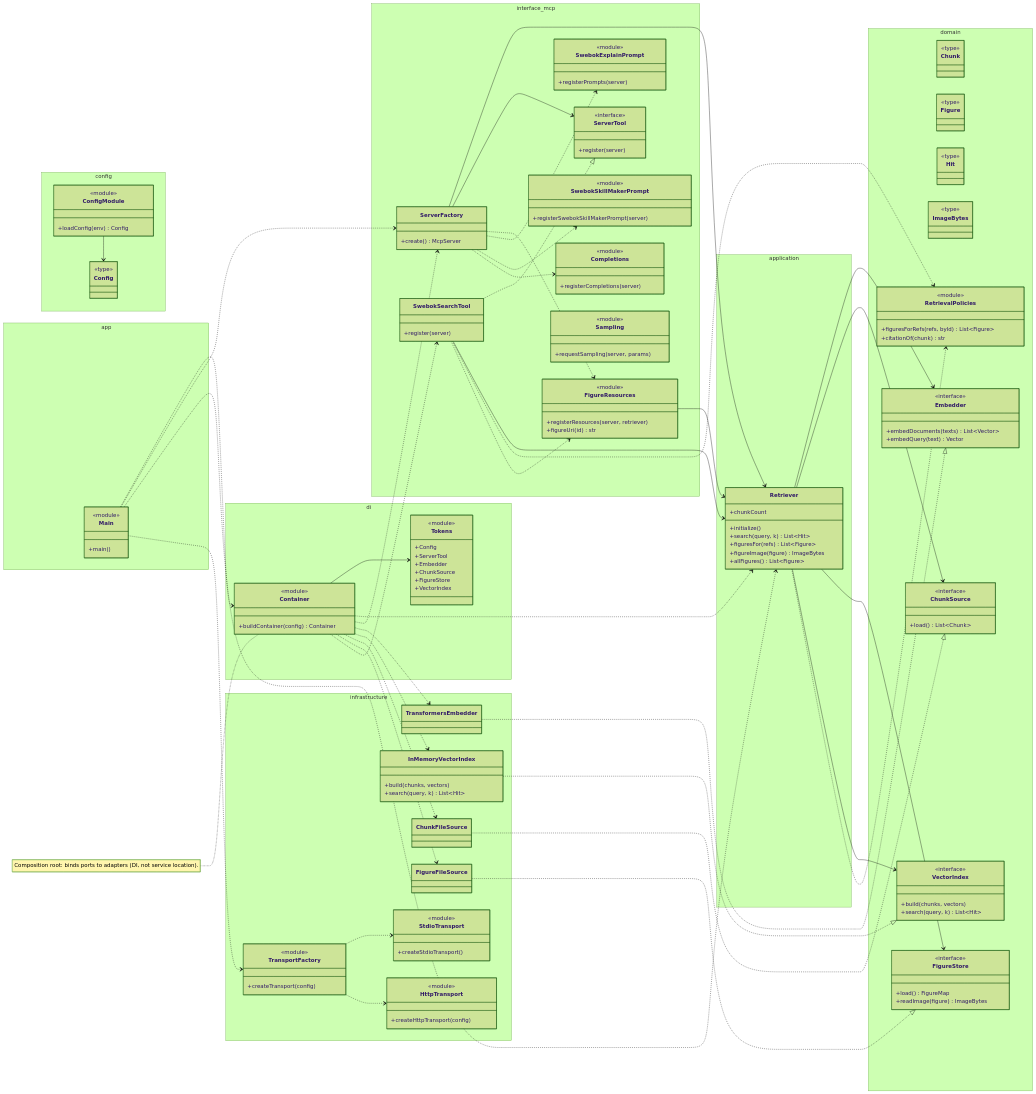
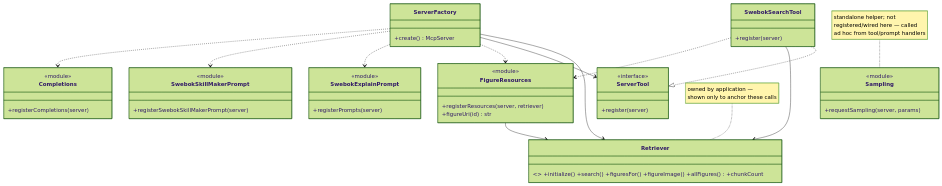
Diagram 15 of 18 in docs/architecture/system-class-diagram.md (SzatanKluska/MCPSWEBOK), drawn with Mermaid (forest theme) before and after one commit. The commit also changed other lines of this file and 4 other files, not shown here.

Commit message:
change system class diagram skill

````diff
--- a/docs/architecture/system-class-diagram.md
+++ b/docs/architecture/system-class-diagram.md
@@ -180,162 +483,42 @@
 ```mermaid
 classDiagram
-  direction LR
-
-  namespace domain {
-    class Chunk {
-      <<type>>
-    }
-    class Figure {
-      <<type>>
-    }
-    class Hit {
-      <<type>>
-    }
-    class ImageBytes {
-      <<type>>
-    }
-    class Embedder {
-      <<interface>>
-      +embedDocuments(texts) List~Vector~
-      +embedQuery(text) Vector
-    }
-    class ChunkSource {
-      <<interface>>
-      +load() List~Chunk~
-    }
-    class FigureStore {
-      <<interface>>
-      +load() FigureMap
-      +readImage(figure) ImageBytes
-    }
-    class VectorIndex {
-      <<interface>>
-      +build(chunks, vectors)
-      +search(query, k) List~Hit~
-    }
-    class RetrievalPolicies {
-      <<module>>
-      +figuresForRefs(refs, byId) List~Figure~
-      +citationOf(chunk) str
-    }
+  class ServerTool {
+    <<interface>>
+    +register(server)
+  }
+  class SwebokSearchTool {
+    +register(server)
+  }
+  class ServerFactory {
+    +create() McpServer
+  }
+  class FigureResources {
+    <<module>>
+    +registerResources(server, retriever)
+    +figureUri(id) str
+  }
+  class SwebokExplainPrompt {
+    <<module>>
+    +registerPrompts(server)
+  }
+  class SwebokSkillMakerPrompt {
+    <<module>>
+    +registerSwebokSkillMakerPrompt(server)
+  }
+  class Completions {
+    <<module>>
+    +registerCompletions(server)
+  }
+  class Sampling {
+    <<module>>
+    +requestSampling(server, params)
   }
 
-  namespace application {
-    class Retriever {
-      +initialize()
-      +search(query, k) List~Hit~
-      +figuresFor(refs) List~Figure~
-      +figureImage(figure) ImageBytes
-      +allFigures() List~Figure~
-      +chunkCount
-    }
-  }
+  class Retriever { <<type>> +initialize() +search() +figuresFor() +figureImage() +allFigures() +chunkCount }
 
-  namespace infrastructure {
-    class TransformersEmbedder
-    class InMemoryVectorIndex {
-      +build(chunks, vectors)
-      +search(query, k) List~Hit~
-    }
-    class ChunkFileSource
-    class FigureFileSource
-    class TransportFactory {
-      <<module>>
-      +createTransport(config)
-    }
-    class StdioTransport {
-      <<module>>
-      +createStdioTransport()
-    }
-    class HttpTransport {
-      <<module>>
-      +createHttpTransport(config)
-    }
-  }
-
-  namespace interface_mcp {
-    class ServerTool {
-      <<interface>>
-      +register(server)
-    }
-    class SwebokSearchTool {
-      +register(server)
-    }
-    class ServerFactory {
-      +create() McpServer
-    }
-    class FigureResources {
-      <<module>>
-      +registerResources(server, retriever)
-      +figureUri(id) str
-    }
-    class SwebokExplainPrompt {
-      <<module>>
-      +registerPrompts(server)
-    }
-    class SwebokSkillMakerPrompt {
-      <<module>>
-      +registerSwebokSkillMakerPrompt(server)
-    }
-    class Completions {
-      <<module>>
-      +registerCompletions(server)
-    }
-    class Sampling {
-      <<module>>
-      +requestSampling(server, params)
-    }
-  }
-
-  namespace di {
-    class Container {
-      <<module>>
-      +buildContainer(config) Container
-    }
-    class Tokens {
-      <<module>>
-      +Config
-      +ServerTool
-      +Embedder
-      +ChunkSource
-      +FigureStore
-      +VectorIndex
-    }
-  }
-
-  namespace config {
-    class Config {
-      <<type>>
-    }
-    class ConfigModule {
-      <<module>>
-      +loadConfig(env) Config
-    }
-  }
-
-  namespace app {
-    class Main {
-      <<module>>
-      +main()
-    }
-  }
-
-  TransformersEmbedder ..|> Embedder
-  InMemoryVectorIndex ..|> VectorIndex
-  ChunkFileSource ..|> ChunkSource
-  FigureFileSource ..|> FigureStore
   SwebokSearchTool ..|> ServerTool
-
-  Retriever --> Embedder
-  Retriever --> ChunkSource
-  Retriever --> FigureStore
-  Retriever --> VectorIndex
-  Retriever ..> RetrievalPolicies
-
   SwebokSearchTool --> Retriever
-  SwebokSearchTool ..> RetrievalPolicies
   SwebokSearchTool ..> FigureResources
-
   ServerFactory --> Retriever
   ServerFactory --> ServerTool
   ServerFactory ..> FigureResources
@@ -344,23 +527,6 @@
   ServerFactory ..> Completions
   FigureResources --> Retriever
 
-  TransportFactory ..> StdioTransport
-  TransportFactory ..> HttpTransport
-
-  ConfigModule --> Config
-  Container --> Tokens
-  Container ..> Retriever
-  Container ..> ServerFactory
-  Container ..> TransformersEmbedder
-  Container ..> InMemoryVectorIndex
-  Container ..> ChunkFileSource
-  Container ..> FigureFileSource
-  Container ..> SwebokSearchTool
-
-  Main ..> Container
-  Main ..> ServerFactory
-  Main ..> Retriever
-  Main ..> TransportFactory
-
-  note for Container "Composition root: binds ports to adapters (DI, not service location)."
+  note for Retriever "owned by application —<br/>shown only to anchor these calls"
+  note for Sampling "standalone helper; not<br/>registered/wired here — called<br/>ad hoc from tool/prompt handlers"
 ```
````
